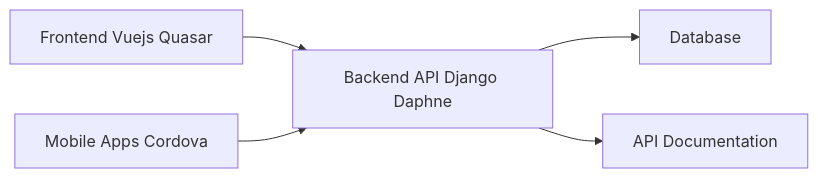
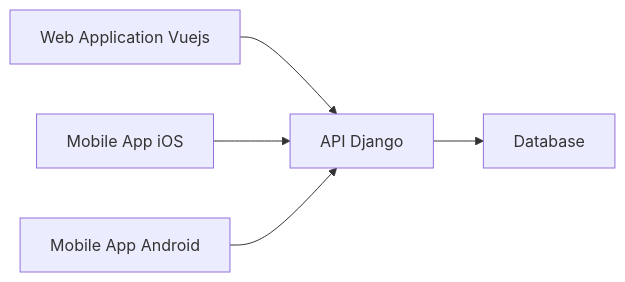
The diagram in docs/architecture/overview.md (HimansuSaha/GreaterWMS), drawn with Mermaid before and after one commit. The commit also changed other lines of this file and 4 other files, not shown here.

````diff
--- a/docs/architecture/overview.md
+++ b/docs/architecture/overview.md
@@ -23,7 +9,7 @@
 ```mermaid
 graph LR
-    A[Frontend Vuejs Quasar] --> B[Backend API Django Daphne];
-    B --> C[Database];
-    D[Mobile Apps Cordova] --> B;
-    B --> E[API Documentation];
+    A[Web Application Vuejs] --> B[API Django];
+    C[Mobile App iOS] --> B;
+    D[Mobile App Android] --> B;
+    B --> E[Database];
 ```
````
